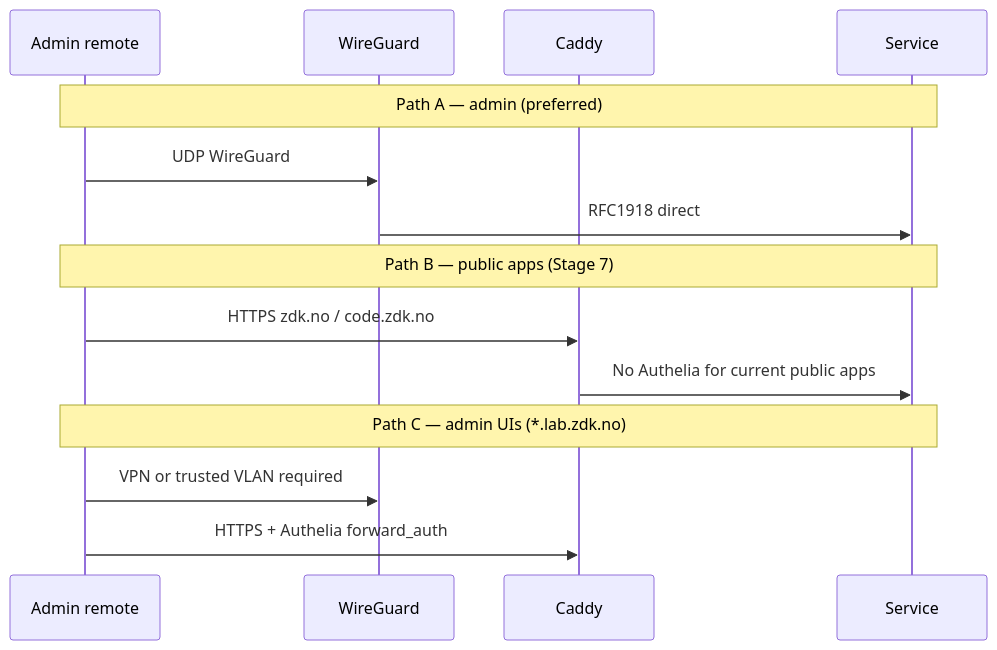
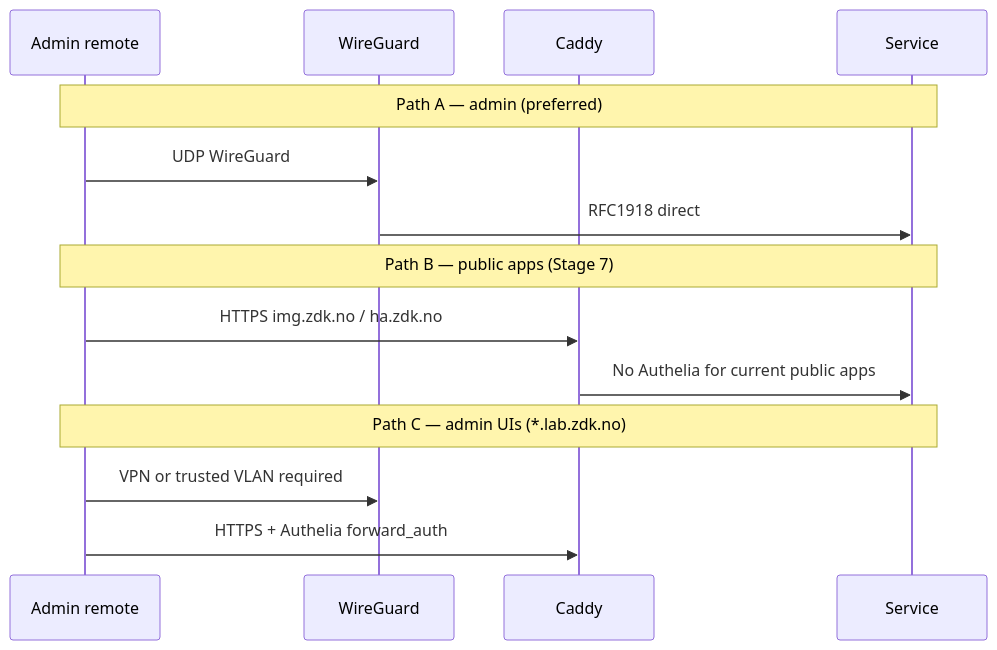
One commit to sknutsen/network changed the third of 4 diagrams in docs/architecture.md. Above: the diagram before and after it, drawn with Mermaid. The commit also changed other lines of this file and 21 other files, not shown here.

````diff
--- a/docs/architecture.md
+++ b/docs/architecture.md
@@ -93,19 +95,19 @@
 ```mermaid
 sequenceDiagram
   participant Admin as Admin remote
   participant WG as WireGuard
   participant Caddy as Caddy
   participant Svc as Service
 
   Note over Admin,Svc: Path A — admin (preferred)
   Admin->>WG: UDP WireGuard
   WG->>Svc: RFC1918 direct
 
   Note over Admin,Svc: Path B — public apps (Stage 7)
-  Admin->>Caddy: HTTPS zdk.no / code.zdk.no
+  Admin->>Caddy: HTTPS img.zdk.no / ha.zdk.no
   Caddy->>Svc: No Authelia for current public apps
 
   Note over Admin,Svc: Path C — admin UIs (*.lab.zdk.no)
   Admin->>WG: VPN or trusted VLAN required
   Admin->>Caddy: HTTPS + Authelia forward_auth
 ```
````
